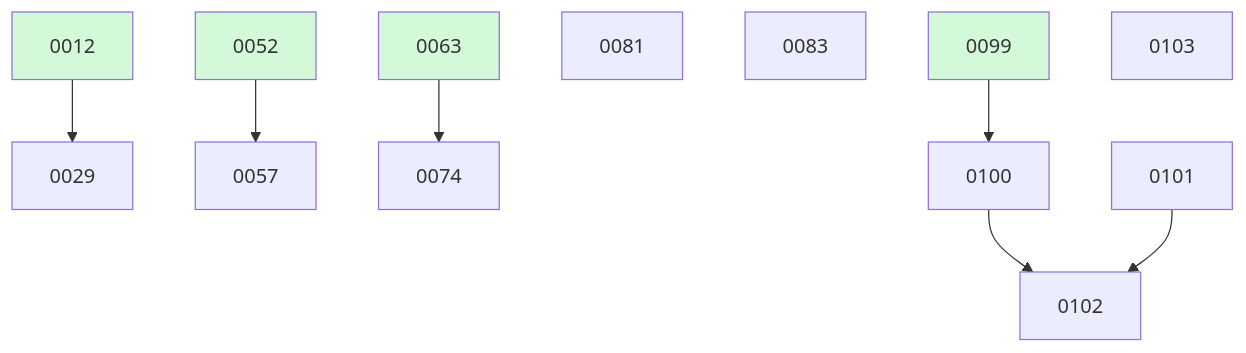
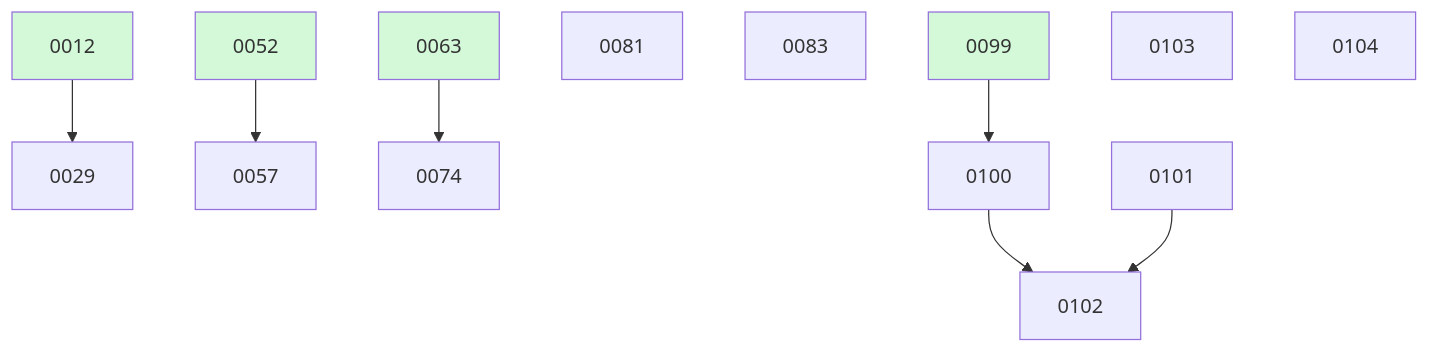
One commit to ethanhinson/fuse changed the diagram in docs/changes/BOARD.md. Above: the diagram before and after it, drawn with Mermaid. The commit also changed other lines of this file and 1 other file, not shown here.

````diff
--- a/docs/changes/BOARD.md
+++ b/docs/changes/BOARD.md
@@ -34,18 +35,19 @@
 ```mermaid
 graph TD
   0012 --> 0029
   0052 --> 0057
   0063 --> 0074
   0081
   0083
   0099 --> 0100
   0101
   0100 --> 0102
   0101 --> 0102
   0103
+  0104
   0012:::done
   0052:::done
   0063:::done
   0099:::done
   classDef done fill:#d3f9d8;
 ```
````
